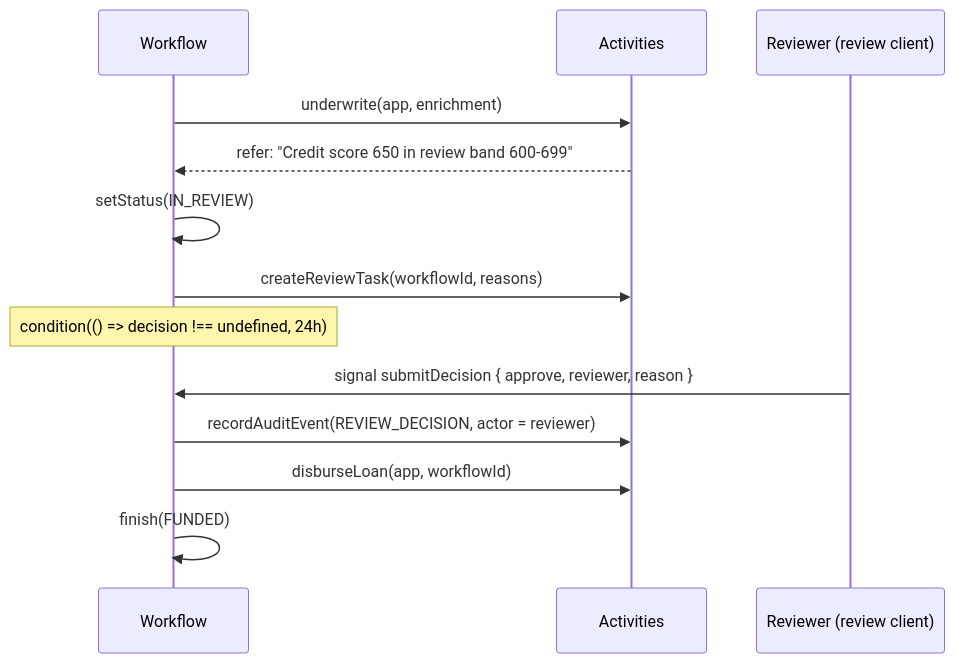
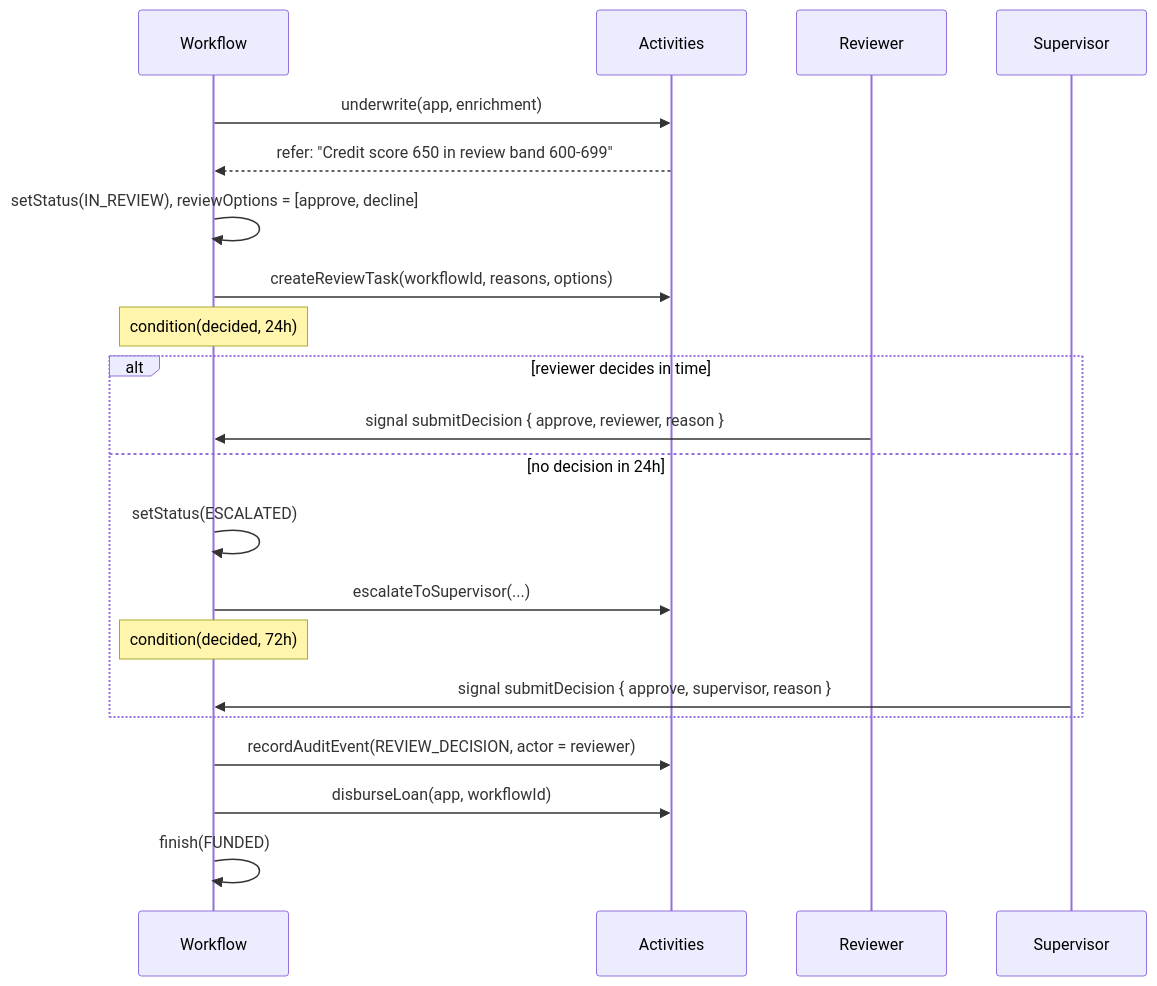
Before and after one commit to Kieranshb/bank_sim: the third of 3 diagrams in README.md, drawn with Mermaid. The commit also changed other lines of this file and 26 other files, not shown here.

````diff
--- a/README.md
+++ b/README.md
@@ -211,15 +238,23 @@
 ```mermaid
 sequenceDiagram
   participant W as Workflow
   participant A as Activities
-  participant R as Reviewer (review client)
+  participant R as Reviewer
+  participant S as Supervisor
   W->>A: underwrite(app, enrichment)
   A-->>W: refer: "Credit score 650 in review band 600-699"
-  W->>W: setStatus(IN_REVIEW)
-  W->>A: createReviewTask(workflowId, reasons)
-  Note over W: condition(() => decision !== undefined, 24h)
-  R->>W: signal submitDecision { approve, reviewer, reason }
+  W->>W: setStatus(IN_REVIEW), reviewOptions = [approve, decline]
+  W->>A: createReviewTask(workflowId, reasons, options)
+  Note over W: condition(decided, 24h)
+  alt reviewer decides in time
+    R->>W: signal submitDecision { approve, reviewer, reason }
+  else no decision in 24h
+    W->>W: setStatus(ESCALATED)
+    W->>A: escalateToSupervisor(...)
+    Note over W: condition(decided, 72h)
+    S->>W: signal submitDecision { approve, supervisor, reason }
+  end
   W->>A: recordAuditEvent(REVIEW_DECISION, actor = reviewer)
   W->>A: disburseLoan(app, workflowId)
   W->>W: finish(FUNDED)
 ```
````
